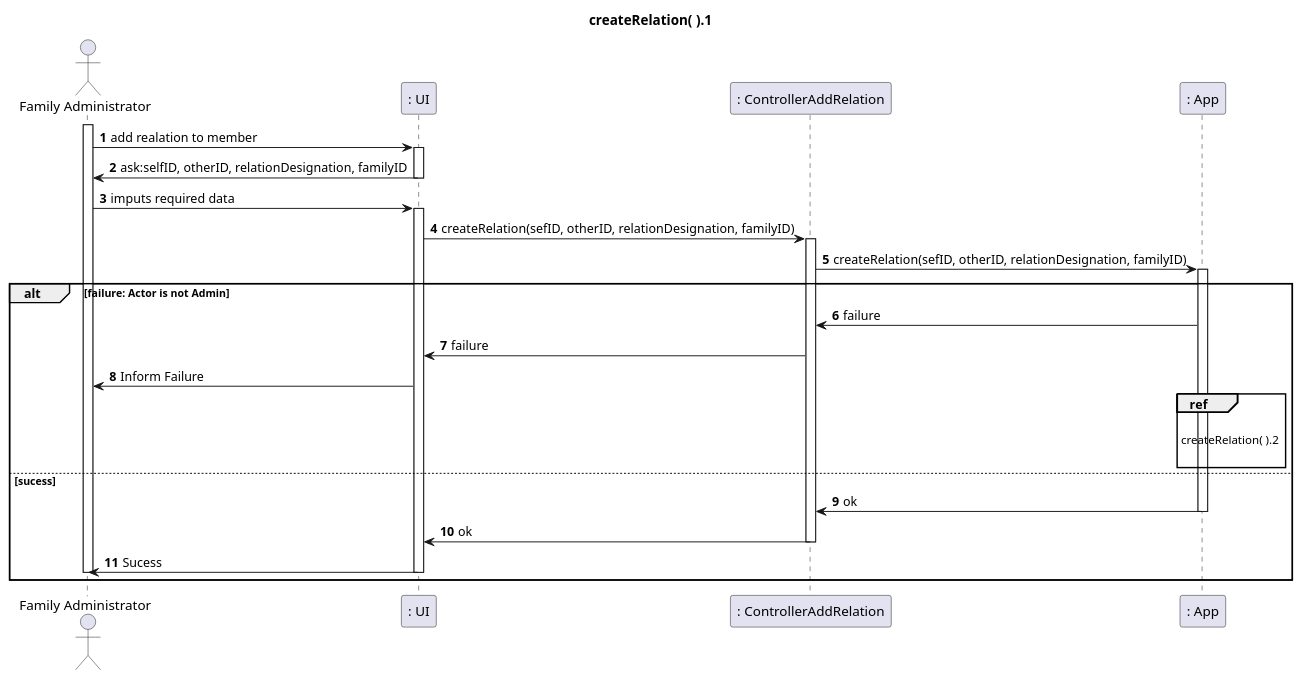
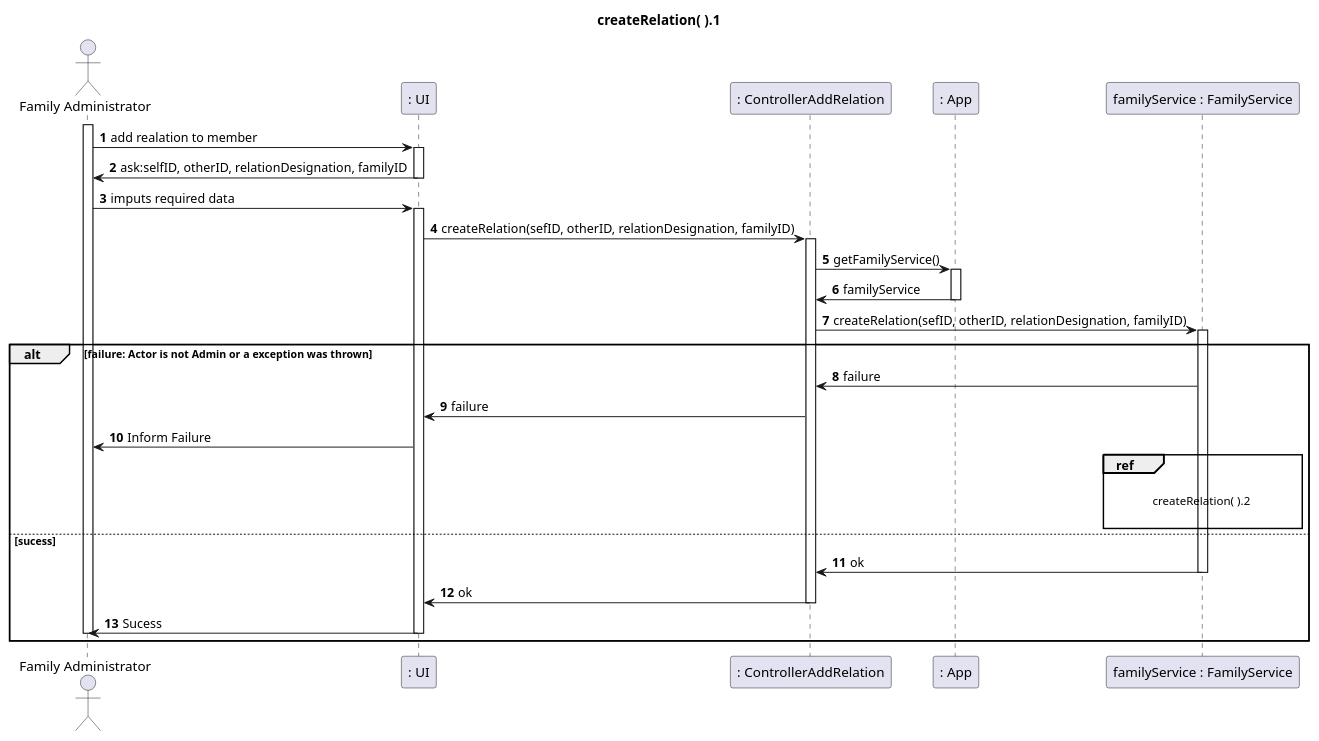
One commit to tomas-osswald/switch_2020_g3 changed the second of 4 diagrams in docs/US105 AddRelation.md. Above: the diagram before and after it, drawn with PlantUML. The commit also changed other lines of this file and 9 other files, not shown here.

Commit message:
Added FamilyService and updated docs

````diff
--- a/docs/US105 AddRelation.md
+++ b/docs/US105 AddRelation.md
@@ -82,48 +82,56 @@
 ```puml
 autonumber
 
 title createRelation( ).1
 
 actor "Family Administrator" as familyAdministrator
 participant ": UI" as ui
 participant ": ControllerAddRelation" as controler
 participant ": App" as app
+participant "familyService : FamilyService" as service
+
 
 activate familyAdministrator
 familyAdministrator -> ui : add realation to member
 activate ui
 ui -> familyAdministrator : ask:selfID, otherID, relationDesignation, familyID
 deactivate ui 
 familyAdministrator -> ui : imputs required data
 activate ui
 ui -> controler : createRelation(sefID, otherID, relationDesignation, familyID)
 activate controler
-controler -> app : createRelation(sefID, otherID, relationDesignation, familyID)
+
+controler -> app : getFamilyService()
 activate app
+app -> controler : familyService
+deactivate app
 
-alt failure: Actor is not Admin
+controler -> service : createRelation(sefID, otherID, relationDesignation, familyID)
+activate service
 
-app -> controler : failure
+alt failure: Actor is not Admin or a exception was thrown
+
+service -> controler : failure
 controler -> ui : failure
 ui -> familyAdministrator : Inform Failure
 
-ref over app
+ref over service
 
 createRelation( ).2 
 
 end ref
 
 else sucess
 
-app -> controler : ok
+service -> controler : ok
 
-deactivate app
+deactivate service
 controler -> ui : ok
 deactivate controler
 ui -> familyAdministrator : Sucess
 deactivate ui
 deactivate familyAdministrator
 
 end
 
 ```
````
